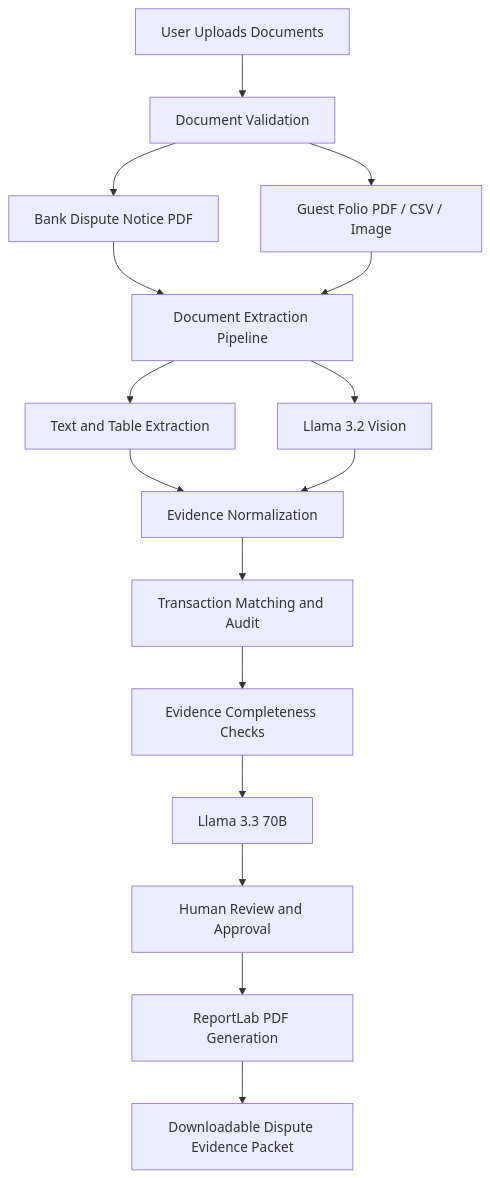
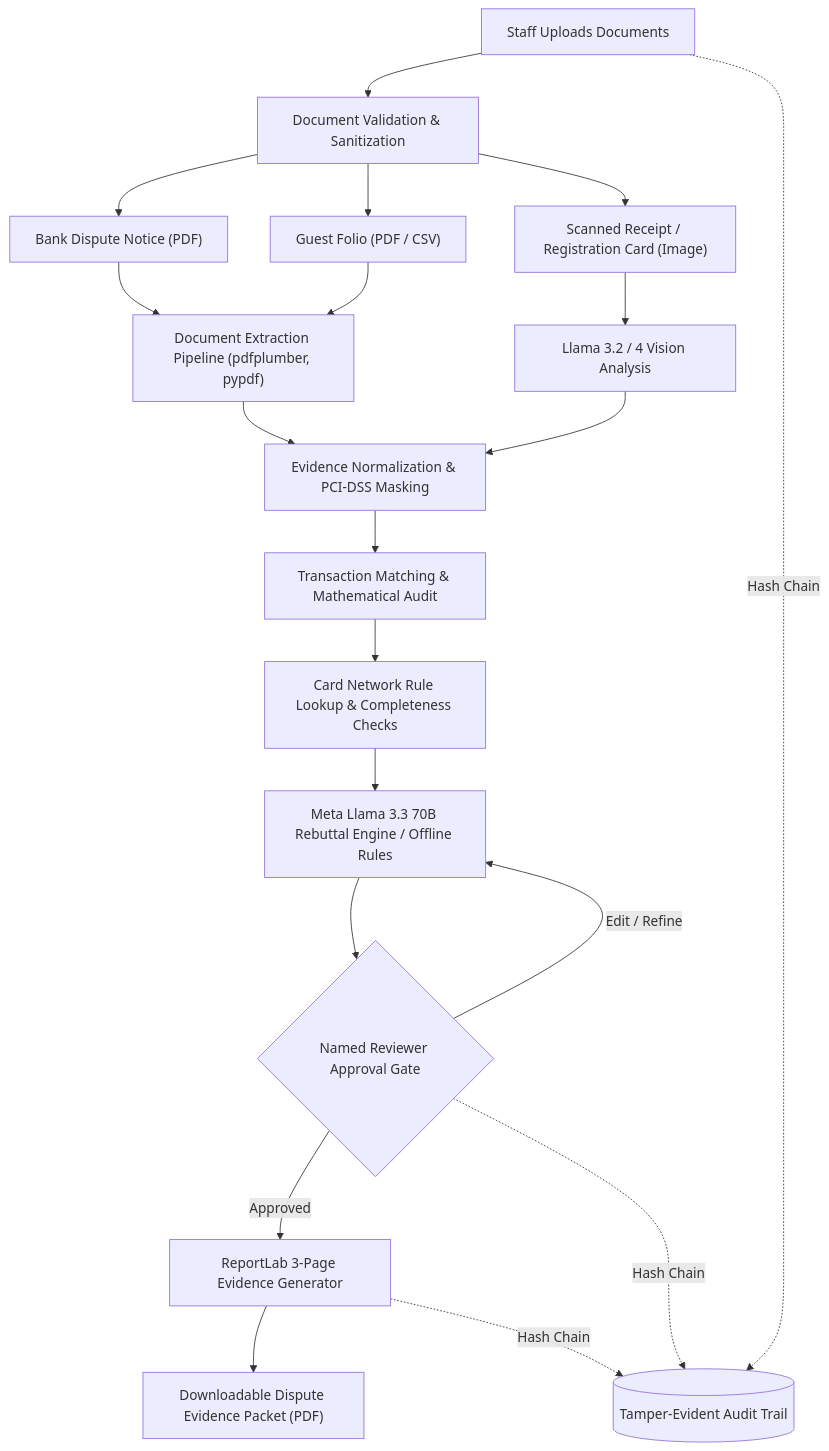
One commit to SaikumarBollam/FolioShield changed the first of 2 diagrams in README.md. Above: the diagram before and after it, drawn with Mermaid. The commit also changed other lines of this file and 22 other files, not shown here.

First line of the commit message:
feat: complete production-ready FolioShield chargeback defense engine

````diff
--- a/README.md
+++ b/README.md
@@ -67,25 +67,29 @@
 ```mermaid
 flowchart TD
-    A[User Uploads Documents] --> B[Document Validation]
+    A["Staff Uploads Documents"] --> B["Document Validation & Sanitization"]
 
-    B --> C[Bank Dispute Notice PDF]
-    B --> D[Guest Folio PDF / CSV / Image]
+    B --> C["Bank Dispute Notice (PDF)"]
+    B --> D["Guest Folio (PDF / CSV)"]
+    B --> V["Scanned Receipt / Registration Card (Image)"]
 
-    C --> E[Document Extraction Pipeline]
+    C --> E["Document Extraction Pipeline (pdfplumber, pypdf)"]
     D --> E
+    V --> G["Llama 3.2 / 4 Vision Analysis"]
 
-    E --> F[Text and Table Extraction]
-    E --> G[Llama 3.2 Vision]
-
-    F --> H[Evidence Normalization]
+    E --> H["Evidence Normalization & PCI-DSS Masking"]
     G --> H
 
-    H --> I[Transaction Matching and Audit]
-    I --> J[Evidence Completeness Checks]
+    H --> I["Transaction Matching & Mathematical Audit"]
+    I --> J["Card Network Rule Lookup & Completeness Checks"]
 
-    J --> K[Llama 3.3 70B]
-    K --> L[Human Review and Approval]
+    J --> K["Meta Llama 3.3 70B Rebuttal Engine / Offline Rules"]
+    K --> L{"Named Reviewer Approval Gate"}
+    L -- "Edit / Refine" --> K
+    L -- "Approved" --> M["ReportLab 3-Page Evidence Generator"]
 
-    L --> M[ReportLab PDF Generation]
-    M --> N[Downloadable Dispute Evidence Packet]
+    M --> N["Downloadable Dispute Evidence Packet (PDF)"]
+
+    A -. Hash Chain .-> LOG[("Tamper-Evident Audit Trail")]
+    L -. Hash Chain .-> LOG
+    M -. Hash Chain .-> LOG
 ```
````
